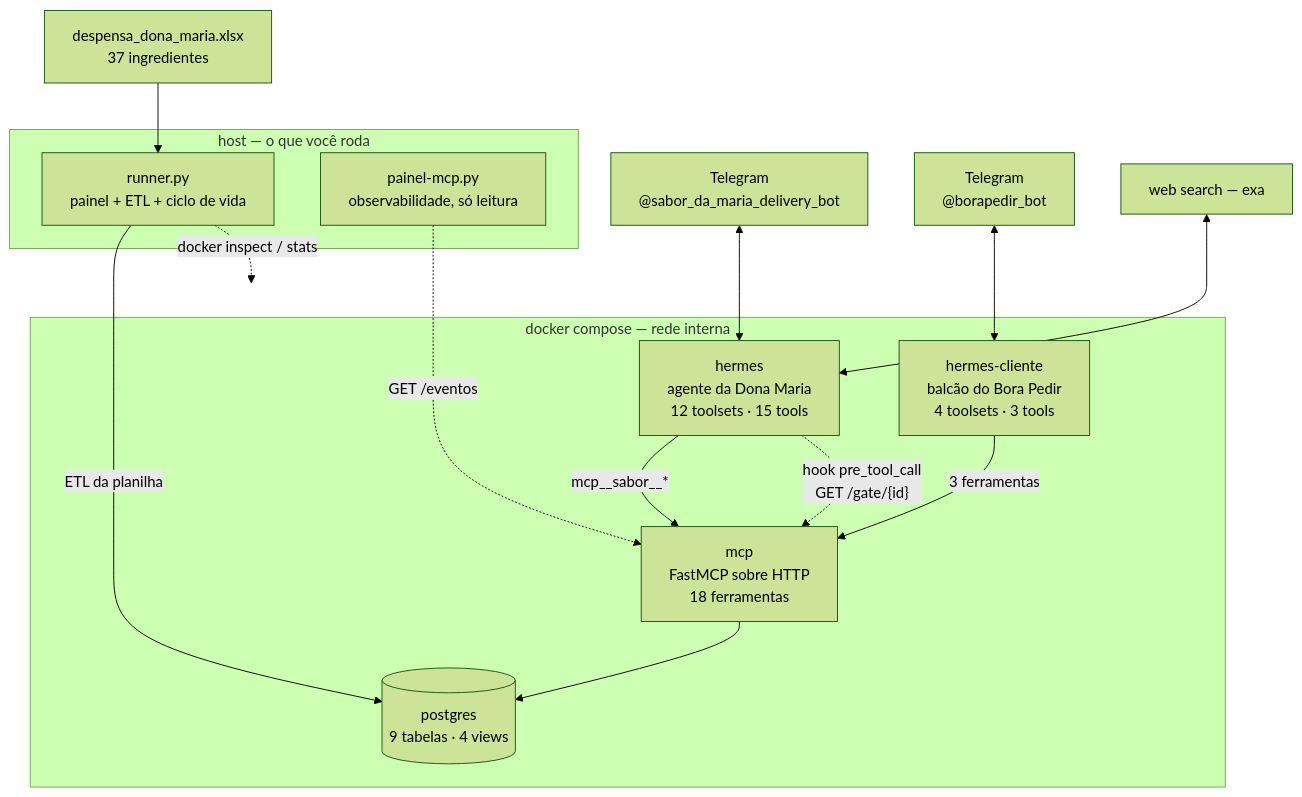
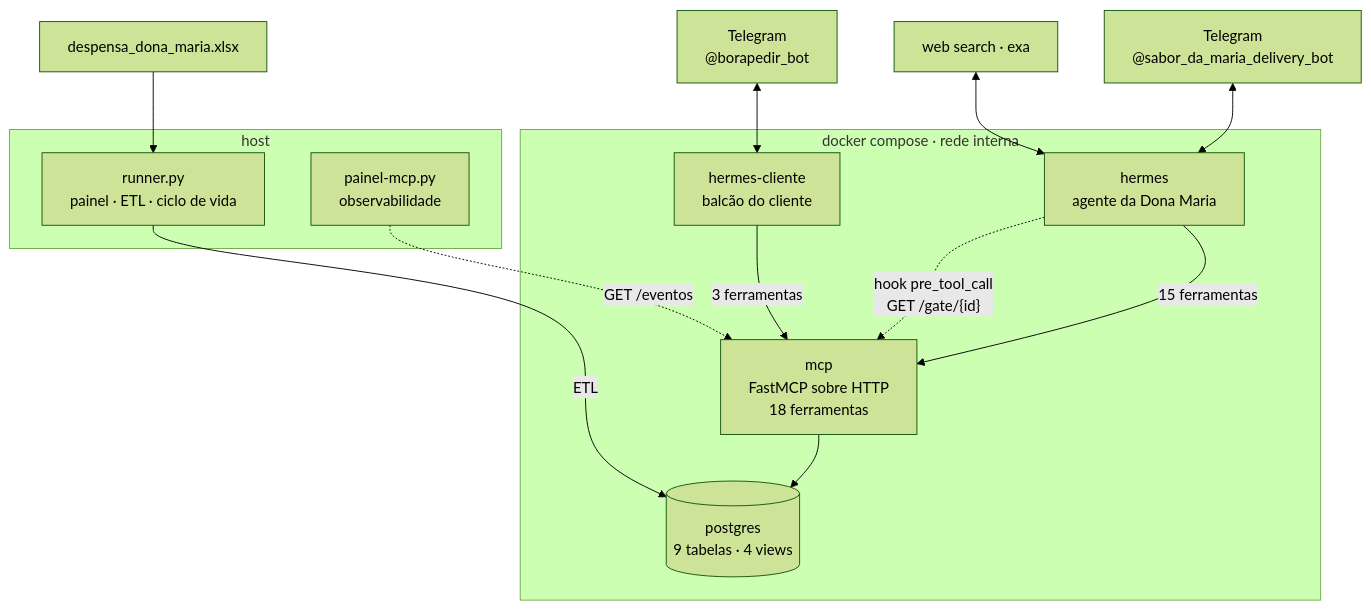
The diagram in README.md (JoaoCioffi/desafio-tecnico-ifood), drawn with Mermaid (forest theme) before and after one commit. The commit also changed other lines of this file, not shown here.

````diff
--- a/README.md
+++ b/README.md
@@ -129,28 +121,23 @@
 ```mermaid
 flowchart TB
-    subgraph host["host — o que você roda"]
-        runner["runner.py<br/>painel + ETL + ciclo de vida"]
-        pmcp["painel-mcp.py<br/>observabilidade, só leitura"]
+    subgraph host["host"]
+        runner["runner.py<br/>painel · ETL · ciclo de vida"]
+        pmcp["painel-mcp.py<br/>observabilidade"]
     end
-
-    subgraph compose["docker compose — rede interna"]
-        hermes["hermes<br/>agente da Dona Maria<br/>12 toolsets · 15 tools"]
-        cliente["hermes-cliente<br/>balcão do Bora Pedir<br/>4 toolsets · 3 tools"]
+    subgraph compose["docker compose · rede interna"]
+        hermes["hermes<br/>agente da Dona Maria"]
+        cliente["hermes-cliente<br/>balcão do cliente"]
         mcp["mcp<br/>FastMCP sobre HTTP<br/>18 ferramentas"]
         pg[("postgres<br/>9 tabelas · 4 views")]
     end
-
     tg1["Telegram<br/>@sabor_da_maria_delivery_bot"] <--> hermes
     tg2["Telegram<br/>@borapedir_bot"] <--> cliente
-    web["web search — exa"] <--> hermes
-
-    hermes -->|"mcp__sabor__*"| mcp
+    web["web search · exa"] <--> hermes
+    hermes -->|"15 ferramentas"| mcp
     cliente -->|"3 ferramentas"| mcp
     hermes -.->|"hook pre_tool_call<br/>GET /gate/{id}"| mcp
     mcp --> pg
-    runner -->|"ETL da planilha"| pg
-    runner -.->|"docker inspect / stats"| compose
+    runner -->|"ETL"| pg
     pmcp -.->|"GET /eventos"| mcp
-
-    xlsx["despensa_dona_maria.xlsx<br/>37 ingredientes"] --> runner
+    xlsx["despensa_dona_maria.xlsx"] --> runner
 ```
````
